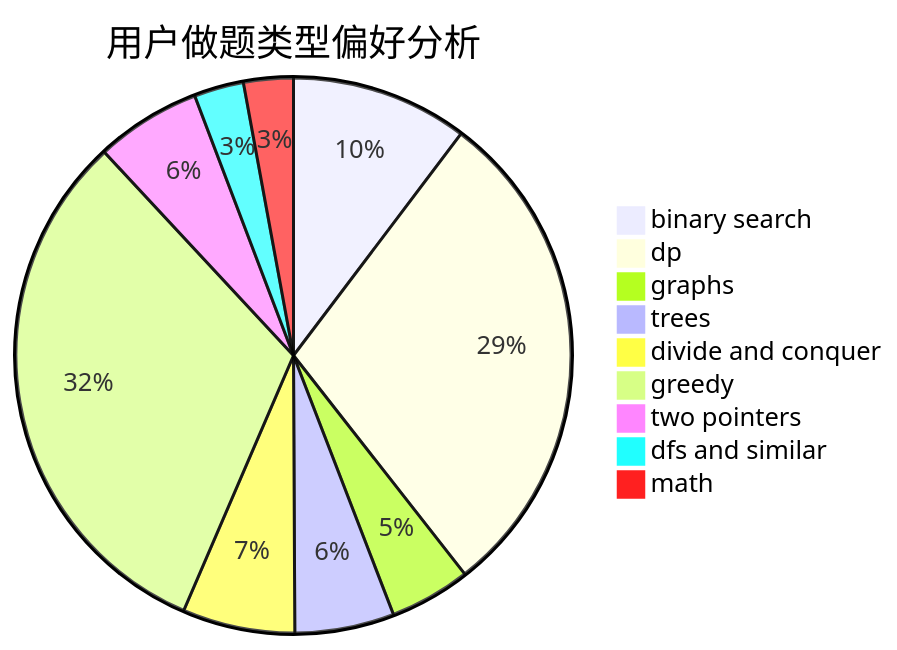
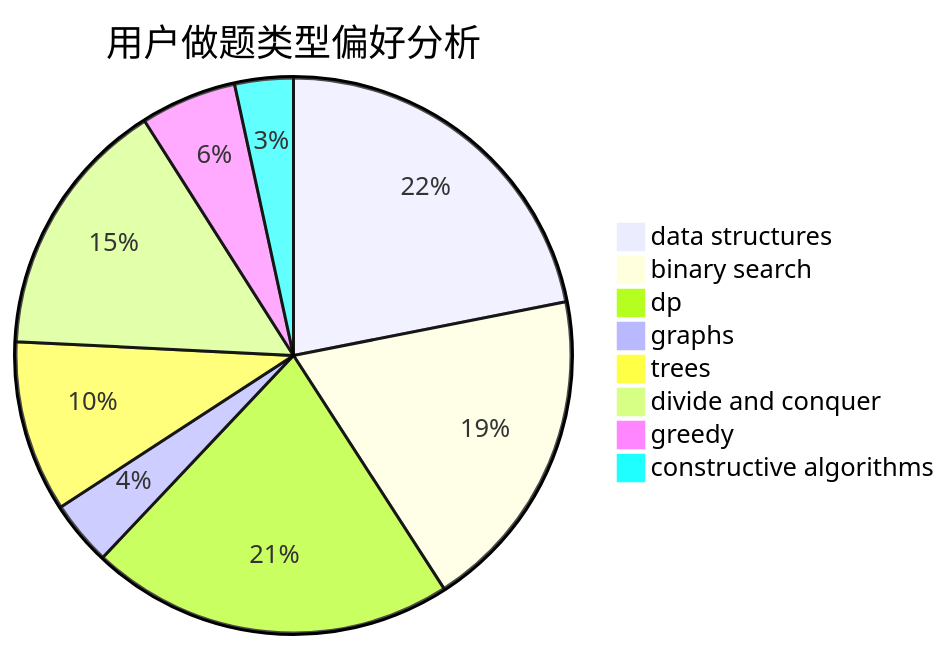
The second of 3 diagrams in docs/user/u1911.md (sherpahu/cfrs.github.io), drawn with Mermaid before and after one commit. The commit also changed other lines of this file and 2775 other files, not shown here.

````diff
--- a/docs/user/u1911.md
+++ b/docs/user/u1911.md
@@ -23,12 +23,11 @@
 ```mermaid
 pie title 用户做题类型偏好分析
-    "binary search" :  203
-    "dp" :  574
-    "graphs" :  93
-    "trees" :  114
-    "divide and conquer" :  129
-    "greedy" :  623
-    "two pointers" :  121
-    "dfs and similar" :  57
-    "math" :  57
+    "data structures" :  180
+    "binary search" :  156
+    "dp" :  174
+    "graphs" :  31
+    "trees" :  82
+    "divide and conquer" :  125
+    "greedy" :  46
+    "constructive algorithms" :  28
 ```
````
